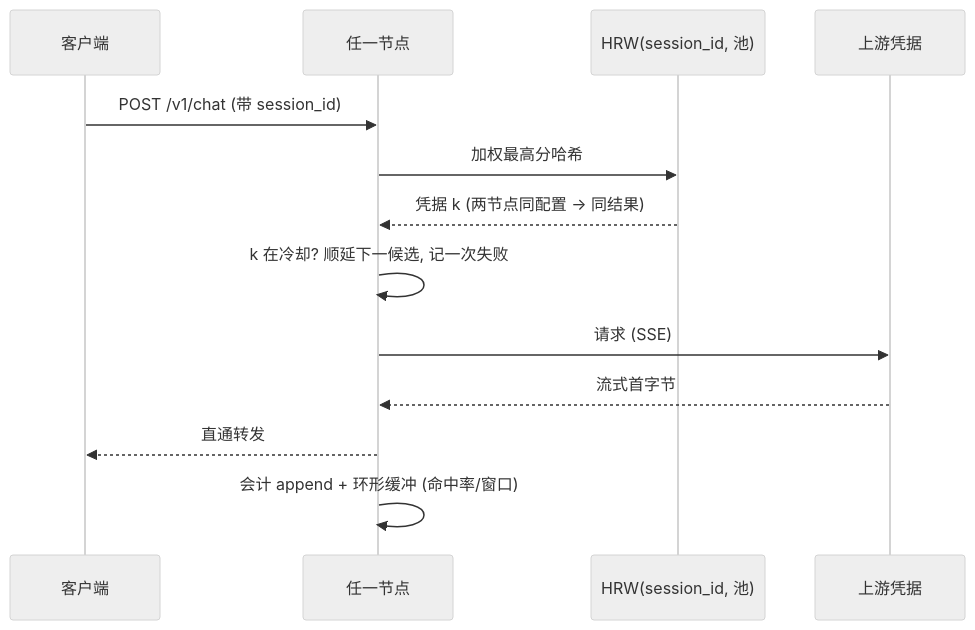
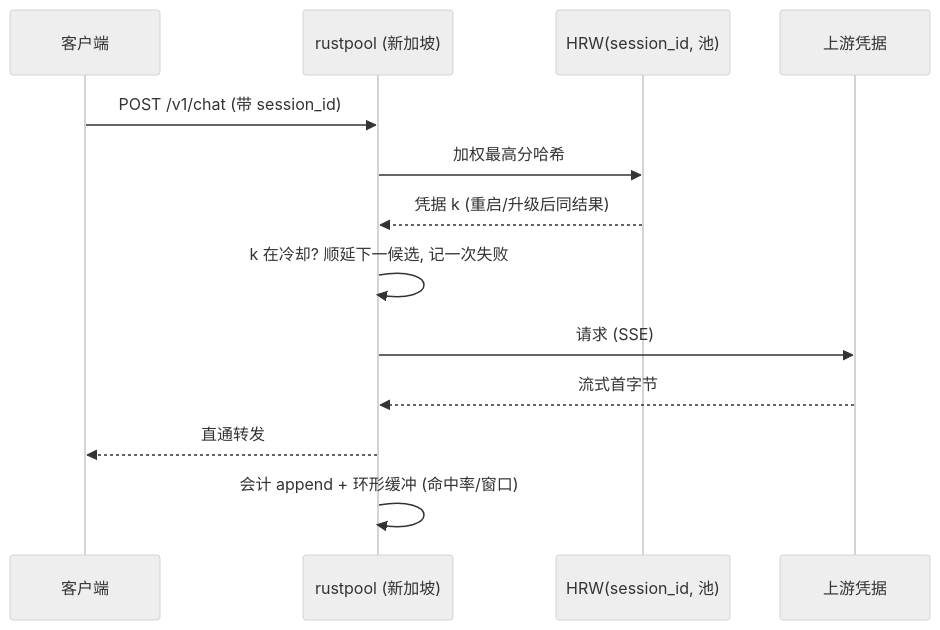
The second of 3 diagrams in docs/architecture.md (ShizkMoon/orca-ai-pool), drawn with Mermaid (neutral theme) before and after one commit. The commit also changed other lines of this file, not shown here.

````diff
--- a/docs/architecture.md
+++ b/docs/architecture.md
@@ -110,15 +106,15 @@
 ```mermaid
 sequenceDiagram
     participant C as 客户端
-    participant N as 任一节点
+    participant N as rustpool (新加坡)
     participant S as HRW(session_id, 池)
     participant U as 上游凭据
     C->>N: POST /v1/chat (带 session_id)
     N->>S: 加权最高分哈希
-    S-->>N: 凭据 k (两节点同配置 → 同结果)
+    S-->>N: 凭据 k (重启/升级后同结果)
     N->>N: k 在冷却? 顺延下一候选, 记一次失败
     N->>U: 请求 (SSE)
     U-->>N: 流式首字节
     N-->>C: 直通转发
     N->>N: 会计 append + 环形缓冲 (命中率/窗口)
 ```
````
